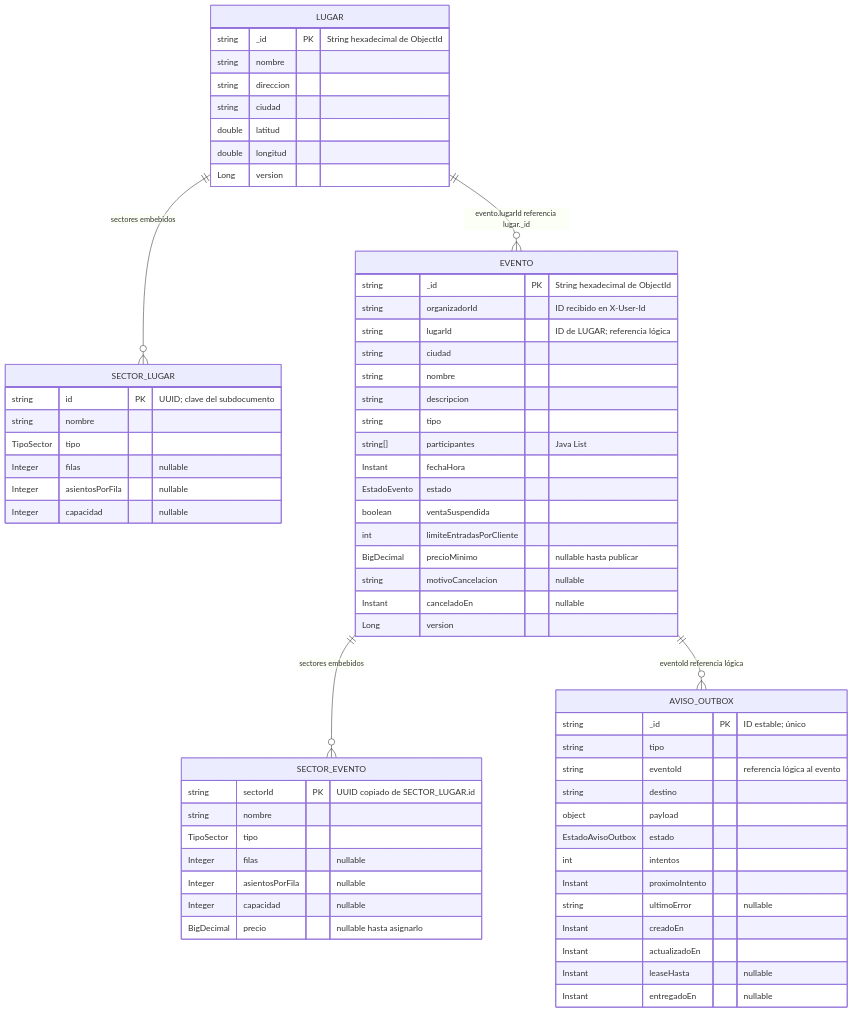
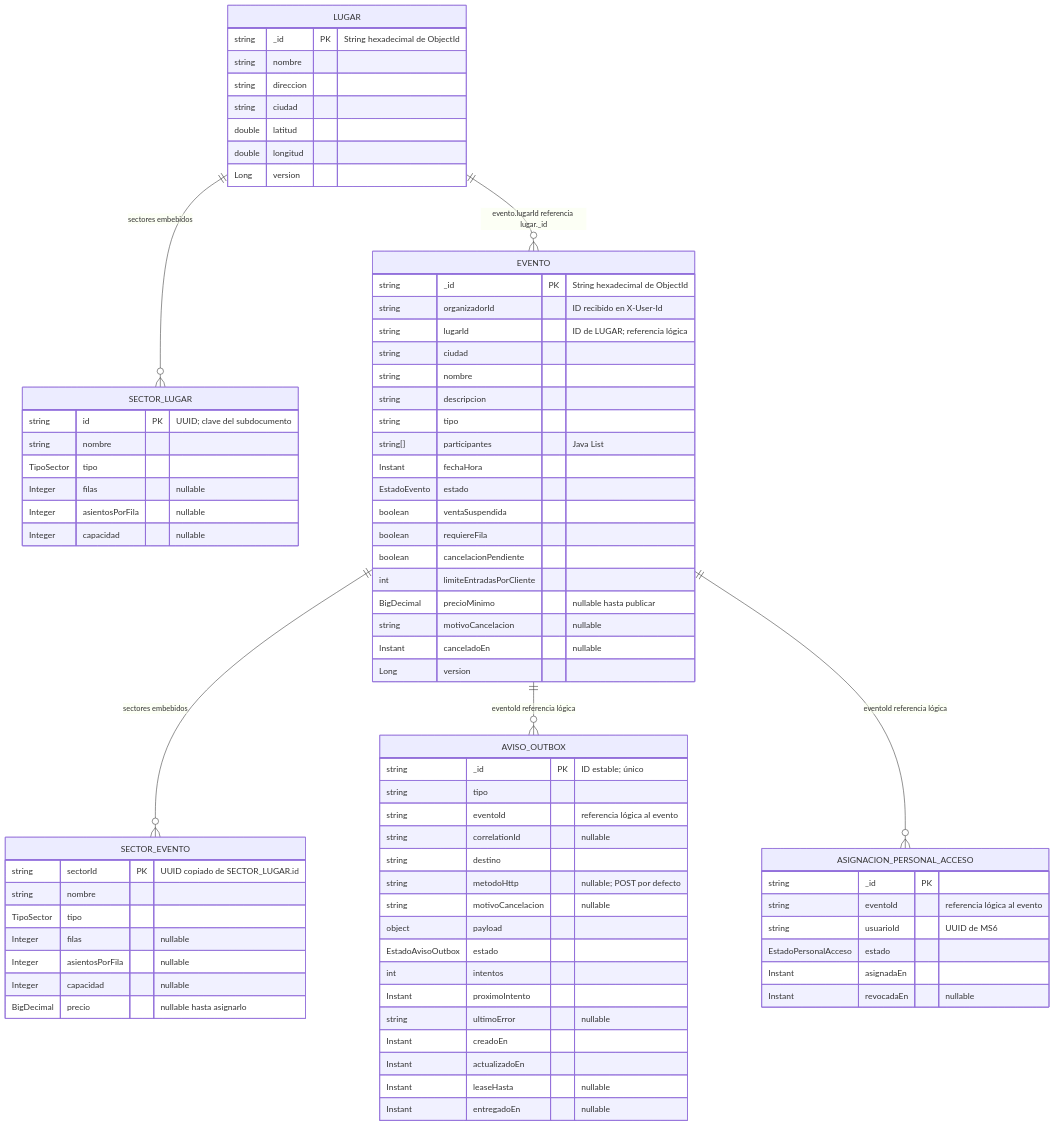
Before and after one commit to mailenramos/Trabajo-Practico-Especial: the diagram in Backend/mcsv-lugares-sectores-eventos/docs/modelo-de-datos.md, drawn with Mermaid. The commit also changed other lines of this file and 1 other file, not shown here.

Commit message:
docs(ms1): diagramas de módulos, secuencias y modelo de datos actualizados

````diff
--- a/Backend/mcsv-lugares-sectores-eventos/docs/modelo-de-datos.md
+++ b/Backend/mcsv-lugares-sectores-eventos/docs/modelo-de-datos.md
@@ -35,6 +35,8 @@
         Instant fechaHora
         EstadoEvento estado
         boolean ventaSuspendida
+        boolean requiereFila
+        boolean cancelacionPendiente
         int limiteEntradasPorCliente
         BigDecimal precioMinimo "nullable hasta publicar"
         string motivoCancelacion "nullable"
@@ -56,7 +58,10 @@
         string _id PK "ID estable; único"
         string tipo
         string eventoId "referencia lógica al evento"
+        string correlationId "nullable"
         string destino
+        string metodoHttp "nullable; POST por defecto"
+        string motivoCancelacion "nullable"
         object payload
         EstadoAvisoOutbox estado
         int intentos
@@ -68,8 +73,18 @@
         Instant entregadoEn "nullable"
     }
 
+    ASIGNACION_PERSONAL_ACCESO {
+        string _id PK
+        string eventoId "referencia lógica al evento"
+        string usuarioId "UUID de MS6"
+        EstadoPersonalAcceso estado
+        Instant asignadaEn
+        Instant revocadaEn "nullable"
+    }
+
     LUGAR ||--o{ SECTOR_LUGAR : "sectores embebidos"
     LUGAR ||--o{ EVENTO : "evento.lugarId referencia lugar._id"
     EVENTO ||--o{ SECTOR_EVENTO : "sectores embebidos"
     EVENTO ||--o{ AVISO_OUTBOX : "eventoId referencia lógica"
+    EVENTO ||--o{ ASIGNACION_PERSONAL_ACCESO : "eventoId referencia lógica"
 ```
````
